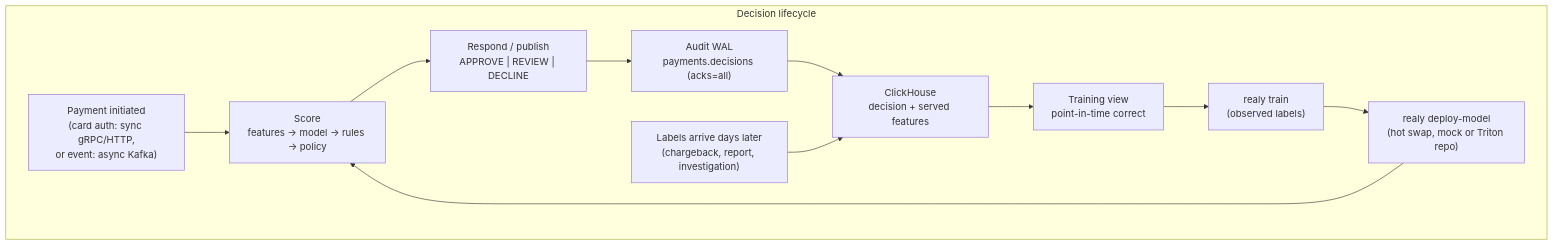
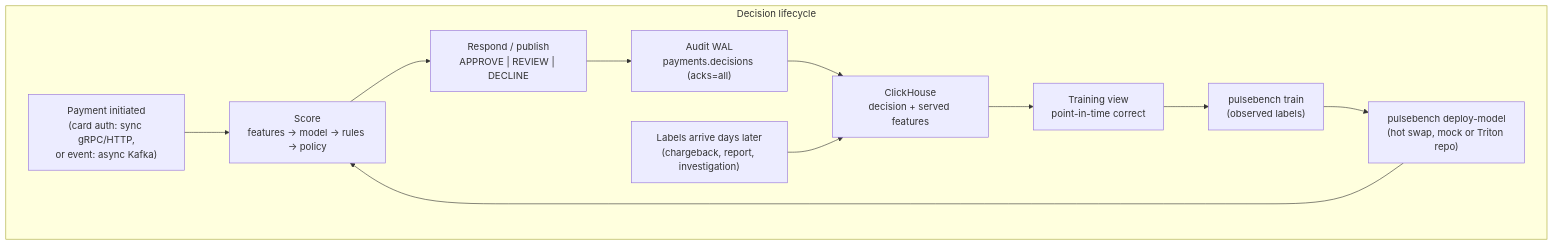
One commit to rkrumins/realy changed the first of 3 diagrams in docs/architecture.md. Above: the diagram before and after it, drawn with Mermaid. The commit also changed other lines of this file and 39 other files, not shown here.

First line of the commit message:
Rename the product to PulseBench (CLI: pulsebench; realy stays as an alias)

````diff
--- a/docs/architecture.md
+++ b/docs/architecture.md
@@ -25,15 +25,15 @@
 ```mermaid
 flowchart LR
   subgraph lifecycle["Decision lifecycle"]
     direction LR
     P["Payment initiated<br/>(card auth: sync gRPC/HTTP,<br/>or event: async Kafka)"] --> S["Score<br/>features -> model -> rules -> policy"]
     S --> R["Respond / publish<br/>APPROVE | REVIEW | DECLINE"]
     R --> A["Audit WAL<br/>payments.decisions (acks=all)"]
     A --> C["ClickHouse<br/>decision + served features"]
     L["Labels arrive days later<br/>(chargeback, report, investigation)"] --> C
     C --> T["Training view<br/>point-in-time correct"]
-    T --> M["realy train<br/>(observed labels)"]
-    M --> D["realy deploy-model<br/>(hot swap, mock or Triton repo)"]
+    T --> M["pulsebench train<br/>(observed labels)"]
+    M --> D["pulsebench deploy-model<br/>(hot swap, mock or Triton repo)"]
     D --> S
   end
 ```
````
